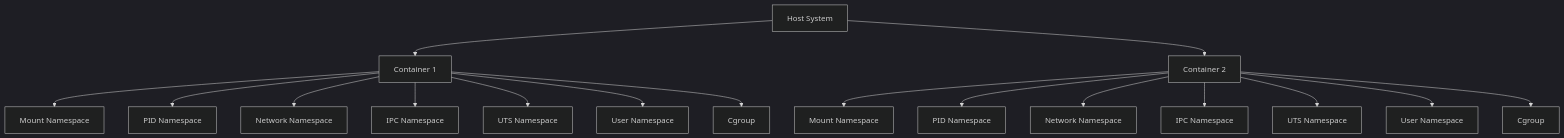
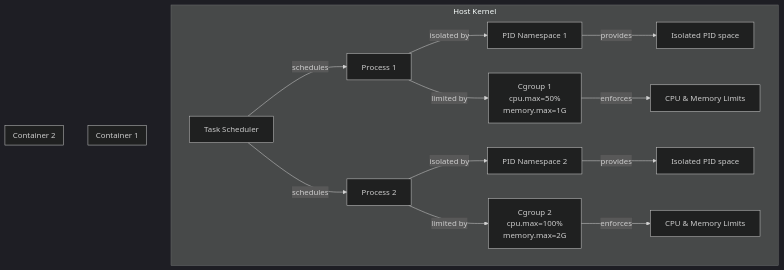
One commit to blebleblee/synapse changed the first of 3 diagrams in topics/computing/infrastructure/linux/lesson_06_advanced_topics.md. Above: the diagram before and after it, drawn with Mermaid (dark theme). The commit also changed other lines of this file and 6 other files, not shown here.

````diff
--- a/topics/computing/infrastructure/linux/lesson_06_advanced_topics.md
+++ b/topics/computing/infrastructure/linux/lesson_06_advanced_topics.md
@@ -23,19 +107,25 @@
 ```mermaid
-graph TD
-    A[Host System] --> B[Container 1]
-    A --> C[Container 2]
-    B --> D[Mount Namespace]
-    B --> E[PID Namespace]
-    B --> F[Network Namespace]
-    B --> G[IPC Namespace]
-    B --> H[UTS Namespace]
-    B --> I[User Namespace]
-    B --> J[Cgroup]
-    C --> K[Mount Namespace]
-    C --> L[PID Namespace]
-    C --> M[Network Namespace]
-    C --> N[IPC Namespace]
-    C --> O[UTS Namespace]
-    C --> P[User Namespace]
-    C --> Q[Cgroup]
+graph TB
+    subgraph "Host Kernel"
+        A[Task Scheduler] -->|schedules| B[Process 1]
+        A -->|schedules| C[Process 2]
+        B -->|isolated by| D[PID Namespace 1]
+        C -->|isolated by| E[PID Namespace 2]
+        B -->|limited by| F[Cgroup 1<br/>cpu.max=50%<br/>memory.max=1G]
+        C -->|limited by| G[Cgroup 2<br/>cpu.max=100%<br/>memory.max=2G]
+        D -->|provides| H[Isolated PID space]
+        E -->|provides| I[Isolated PID space]
+        F -->|enforces| J[CPU & Memory Limits]
+        G -->|enforces| K[CPU & Memory Limits]
+    end
+    
+    subgraph "Container 1"
+        H
+        J
+    end
+    
+    subgraph "Container 2"
+        I
+        K
+    end
 ```
````
